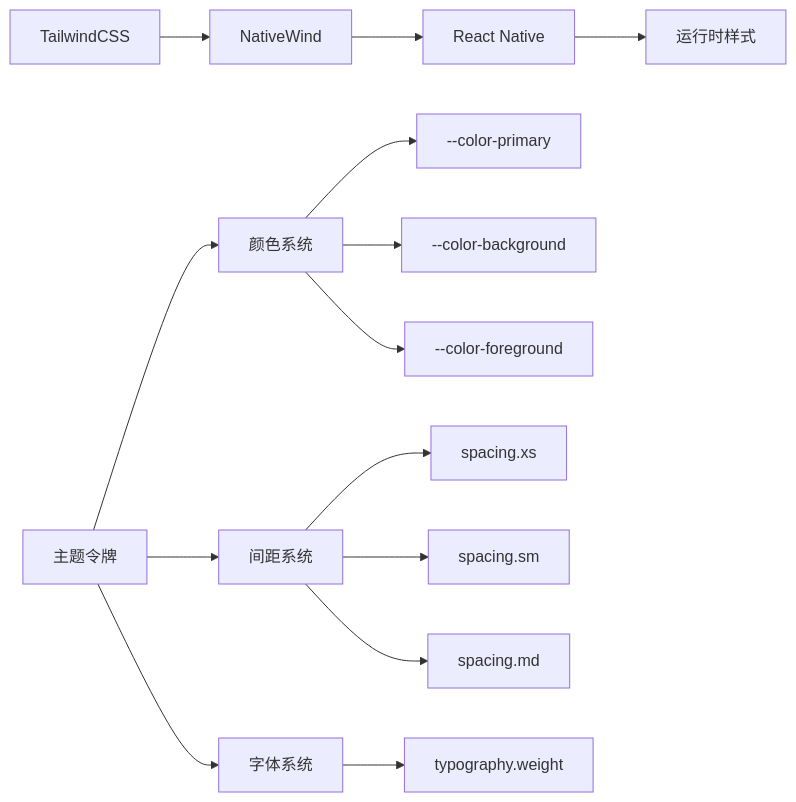
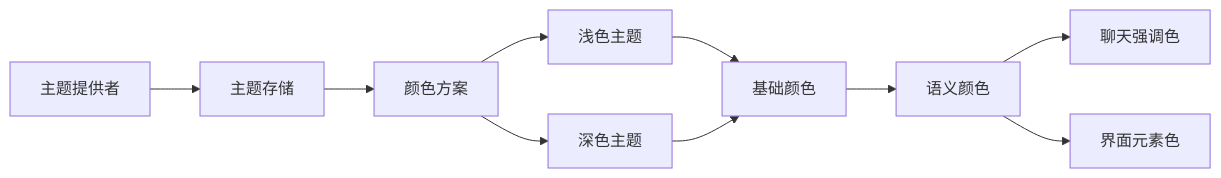
The seventh of 14 diagrams in .qoder/repowiki/zh/content/开发指南/移动端开发指南.md (AvatoLabs/avato), drawn with Mermaid before and after one commit. The commit also changed other lines of this file and 158 other files, not shown here.

````diff
--- a/.qoder/repowiki/zh/content/开发指南/移动端开发指南.md
+++ b/.qoder/repowiki/zh/content/开发指南/移动端开发指南.md
@@ -268,16 +304,12 @@
 ```mermaid
 graph LR
-A[TailwindCSS] --> B[NativeWind]
-B --> C[React Native]
-C --> D[运行时样式]
-E[主题令牌] --> F[颜色系统]
-E --> G[间距系统]
-E --> H[字体系统]
-F --> I[--color-primary]
-F --> J[--color-background]
-F --> K[--color-foreground]
-G --> L[spacing.xs]
-G --> M[spacing.sm]
-G --> N[spacing.md]
-H --> O[typography.weight]
+A[主题提供者] --> B[主题存储]
+B --> C[颜色方案]
+C --> D[浅色主题]
+C --> E[深色主题]
+D --> F[基础颜色]
+E --> F
+F --> G[语义颜色]
+G --> H[聊天强调色]
+G --> I[界面元素色]
 ```
````
